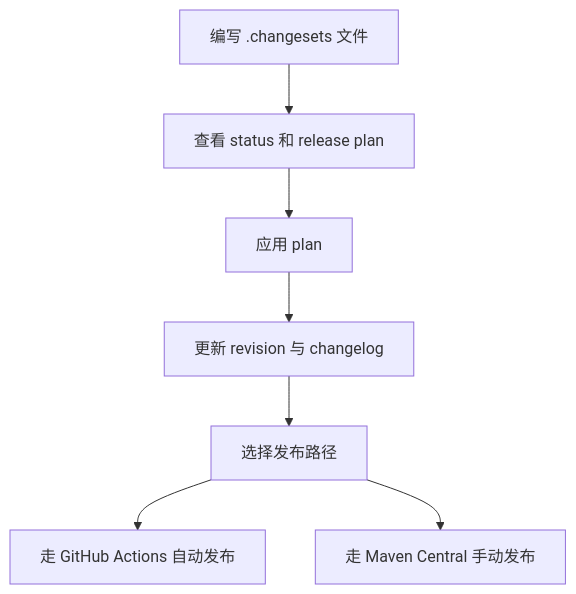
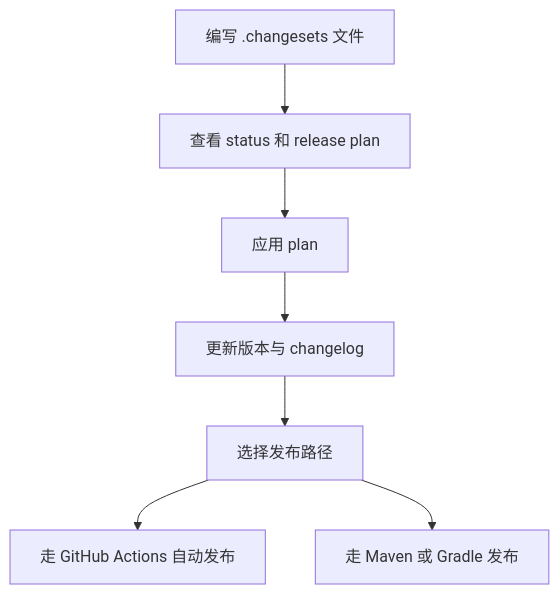
One commit to sonofmagic/javachanges changed the diagram in docs/index.zh-CN.md. Above: the diagram before and after it, drawn with Mermaid. The commit also changed other lines of this file and 49 other files, not shown here.

````diff
--- a/docs/index.zh-CN.md
+++ b/docs/index.zh-CN.md
@@ -44,9 +44,9 @@
 ```mermaid
 flowchart TD
   A[编写 .changesets 文件] --> B[查看 status 和 release plan]
   B --> C[应用 plan]
-  C --> D[更新 revision 与 changelog]
+  C --> D[更新版本与 changelog]
   D --> E[选择发布路径]
   E --> F[走 GitHub Actions 自动发布]
-  E --> G[走 Maven Central 手动发布]
+  E --> G[走 Maven 或 Gradle 发布]
 ```
````
